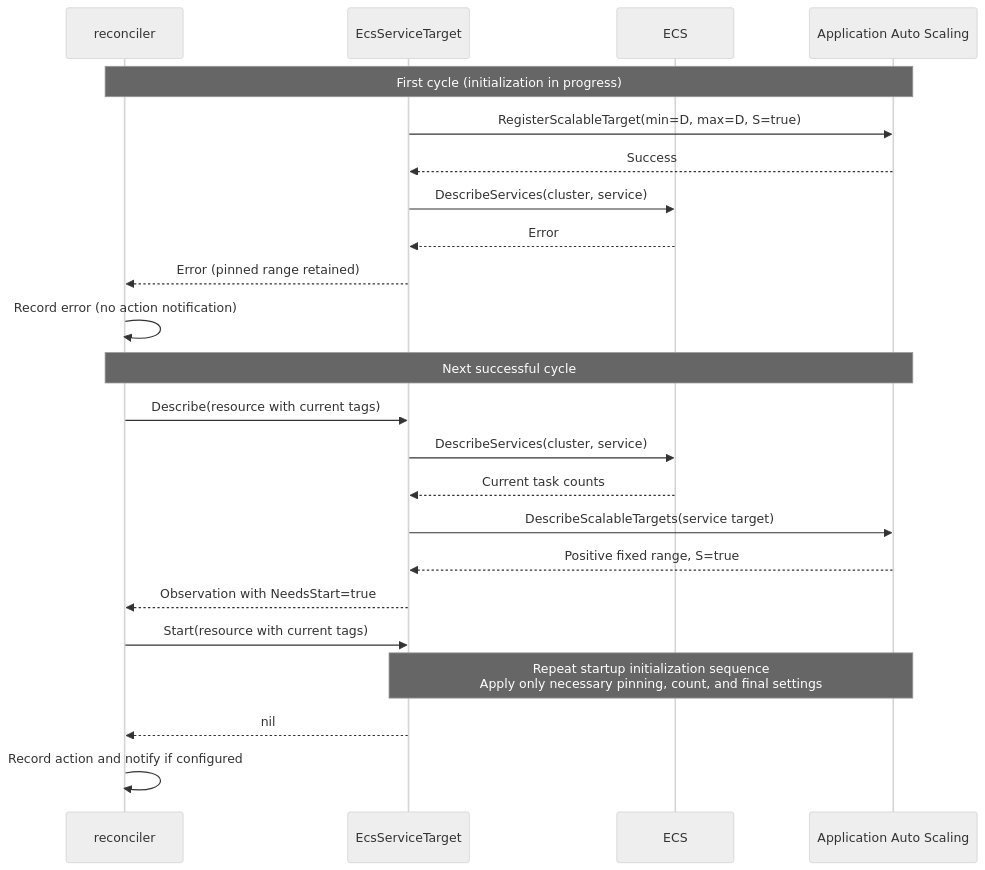
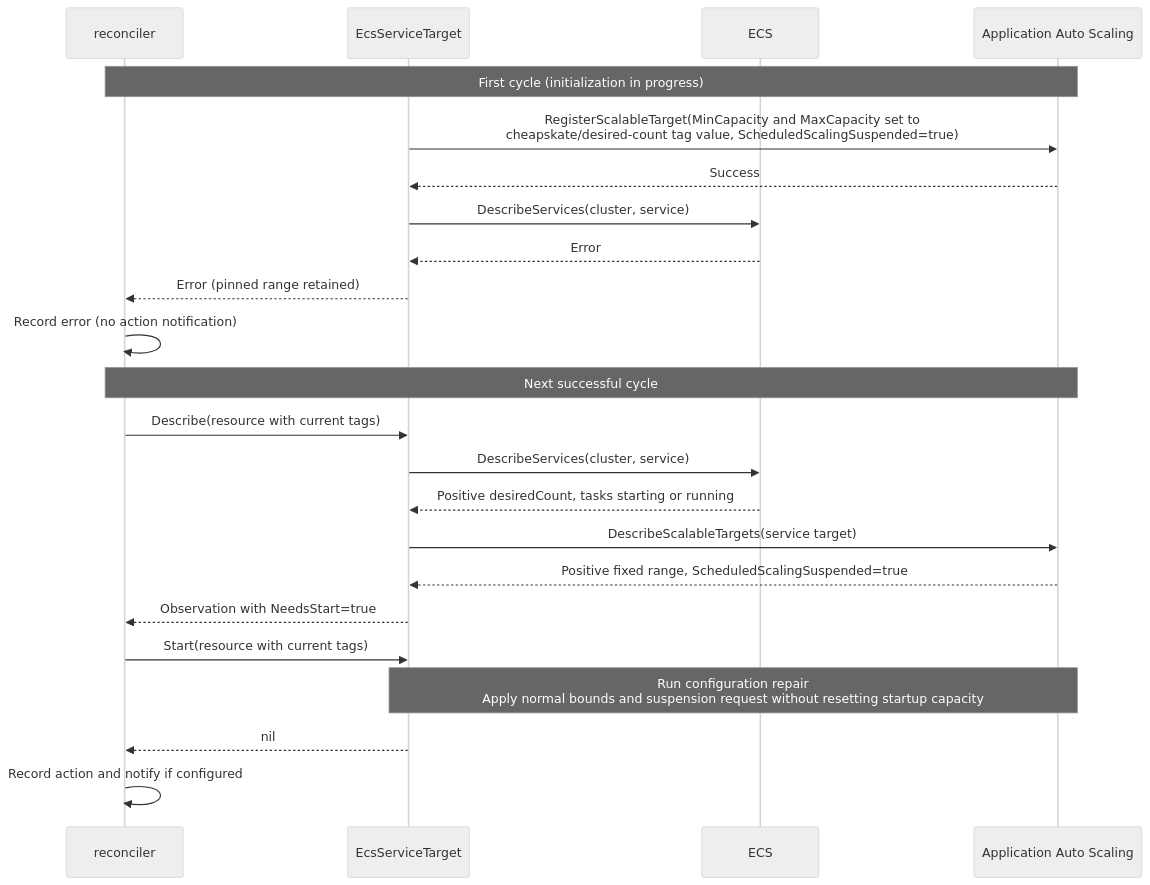
The ninth of 9 diagrams in docs/en/development/resource_sequence.md (moepig/cheapskate), drawn with Mermaid (neutral theme) before and after one commit. The commit also changed other lines of this file and 63 other files, not shown here.

````diff
--- a/docs/en/development/resource_sequence.md
+++ b/docs/en/development/resource_sequence.md
@@ -339,25 +332,25 @@
 ```mermaid
 sequenceDiagram
-    participant R as reconciler
-    participant A as EcsServiceTarget
-    participant E as ECS
-    participant S as Application Auto Scaling
-    Note over R,S: First cycle (initialization in progress)
-    A->>S: RegisterScalableTarget(min=D, max=D, S=true)
-    S-->>A: Success
-    A->>E: DescribeServices(cluster, service)
-    E-->>A: Error
-    A-->>R: Error (pinned range retained)
-    R->>R: Record error (no action notification)
-    Note over R,S: Next successful cycle
-    R->>A: Describe(resource with current tags)
-    A->>E: DescribeServices(cluster, service)
-    E-->>A: Current task counts
-    A->>S: DescribeScalableTargets(service target)
-    S-->>A: Positive fixed range, S=true
-    A-->>R: Observation with NeedsStart=true
-    R->>A: Start(resource with current tags)
-    Note over A,S: Repeat startup initialization sequence<br/>Apply only necessary pinning, count, and final settings
-    A-->>R: nil
-    R->>R: Record action and notify if configured
+    participant Reconciler as reconciler
+    participant Adapter as EcsServiceTarget
+    participant EcsAPI as ECS
+    participant AutoScaling as Application Auto Scaling
+    Note over Reconciler,AutoScaling: First cycle (initialization in progress)
+    Adapter->>AutoScaling: RegisterScalableTarget(MinCapacity and MaxCapacity set to<br/>cheapskate/desired-count tag value, ScheduledScalingSuspended=true)
+    AutoScaling-->>Adapter: Success
+    Adapter->>EcsAPI: DescribeServices(cluster, service)
+    EcsAPI-->>Adapter: Error
+    Adapter-->>Reconciler: Error (pinned range retained)
+    Reconciler->>Reconciler: Record error (no action notification)
+    Note over Reconciler,AutoScaling: Next successful cycle
+    Reconciler->>Adapter: Describe(resource with current tags)
+    Adapter->>EcsAPI: DescribeServices(cluster, service)
+    EcsAPI-->>Adapter: Positive desiredCount, tasks starting or running
+    Adapter->>AutoScaling: DescribeScalableTargets(service target)
+    AutoScaling-->>Adapter: Positive fixed range, ScheduledScalingSuspended=true
+    Adapter-->>Reconciler: Observation with NeedsStart=true
+    Reconciler->>Adapter: Start(resource with current tags)
+    Note over Adapter,AutoScaling: Run configuration repair<br/>Apply normal bounds and suspension request without resetting startup capacity
+    Adapter-->>Reconciler: nil
+    Reconciler->>Reconciler: Record action and notify if configured
 ```
````
